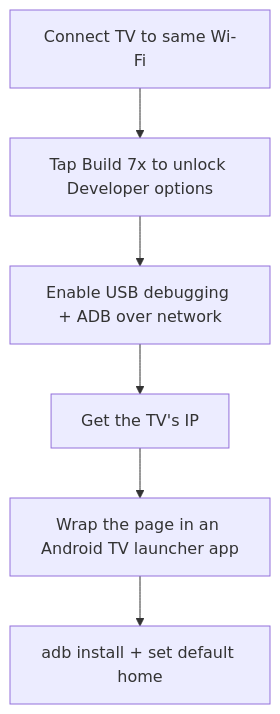
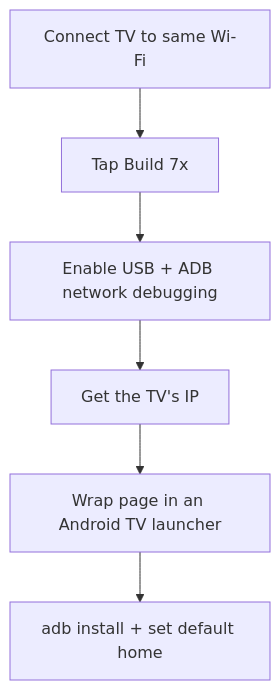
One commit to Zfinix/vidaa-launcher changed the third of 3 diagrams in README.md. Above: the diagram before and after it, drawn with Mermaid. The commit also changed other lines of this file, not shown here.

Commit message:
docs: fix mermaid charts so they render on github

````diff
--- a/README.md
+++ b/README.md
@@ -170,8 +163,8 @@
 ```mermaid
 flowchart TD
-    A[Connect TV to same Wi-Fi] --> B[Tap Build 7x to unlock Developer options]
-    B --> C[Enable USB debugging + ADB over network]
-    C --> D[Get the TV's IP]
-    D --> E[Wrap the page in an Android TV launcher app]
+    A["Connect TV to same Wi-Fi"] --> B["Tap Build 7x"]
+    B --> C["Enable USB + ADB network debugging"]
+    C --> D["Get the TV's IP"]
+    D --> E["Wrap page in an Android TV launcher"]
     E --> F["adb install + set default home"]
 ```
````
